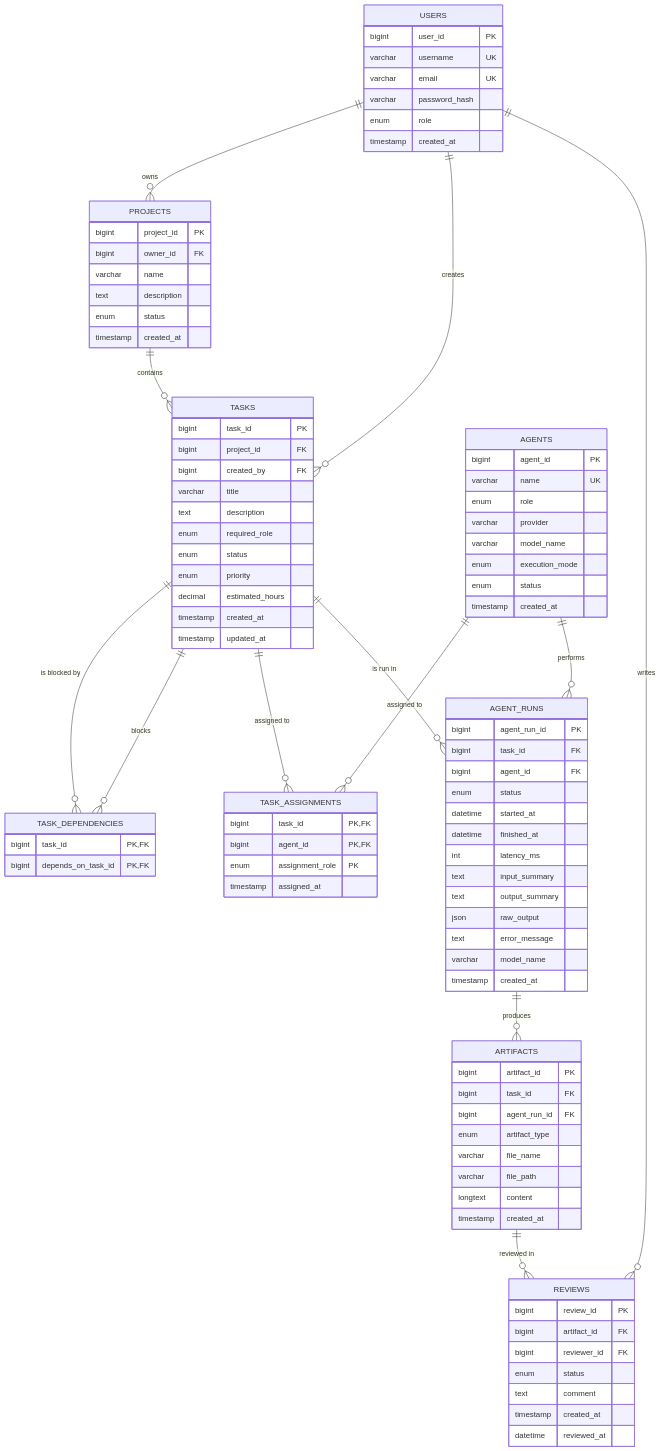
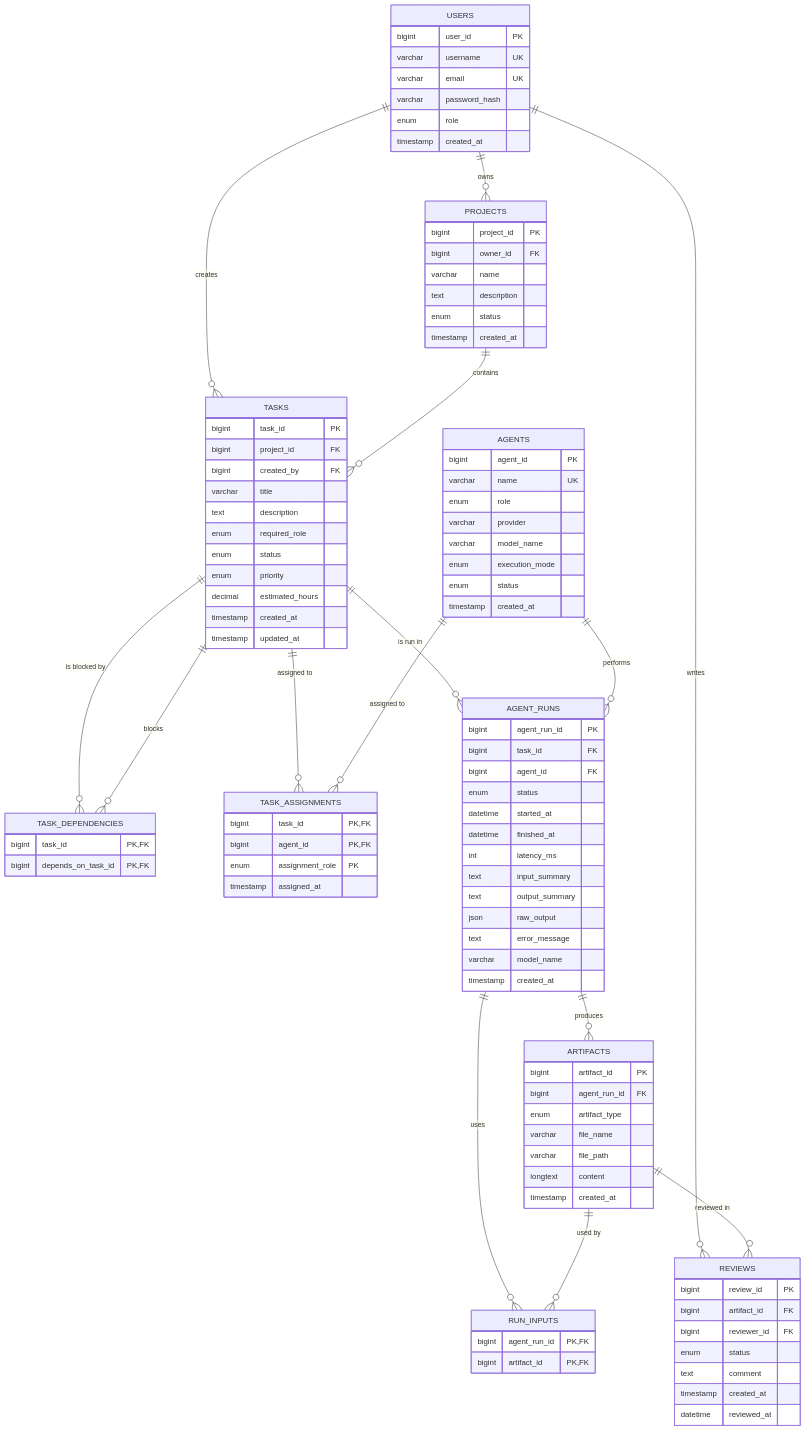
One commit to zjmzjm606/comp3278-agentops-v2 changed the diagram in docs/ER_DIAGRAM.md. Above: the diagram before and after it, drawn with Mermaid. The commit also changed other lines of this file and 11 other files, not shown here.

First line of the commit message:
Pass approved upstream artifacts to agents; harden run, status and constraint logic

````diff
--- a/docs/ER_DIAGRAM.md
+++ b/docs/ER_DIAGRAM.md
@@ -64,6 +66,8 @@
     TASKS ||--o{ AGENT_RUNS : "is run in"
     AGENTS ||--o{ AGENT_RUNS : performs
     AGENT_RUNS ||--o{ ARTIFACTS : produces
+    AGENT_RUNS ||--o{ RUN_INPUTS : uses
+    ARTIFACTS ||--o{ RUN_INPUTS : "used by"
     ARTIFACTS ||--o{ REVIEWS : "reviewed in"
 
     USERS {
@@ -132,7 +136,6 @@
     }
     ARTIFACTS {
         bigint artifact_id PK
-        bigint task_id FK
         bigint agent_run_id FK
         enum artifact_type
         varchar file_name
@@ -149,4 +152,8 @@
         timestamp created_at
         datetime reviewed_at
     }
+    RUN_INPUTS {
+        bigint agent_run_id PK,FK
+        bigint artifact_id PK,FK
+    }
 ```
````
